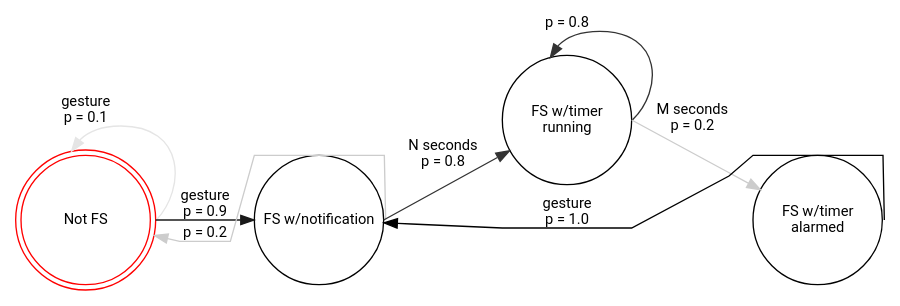
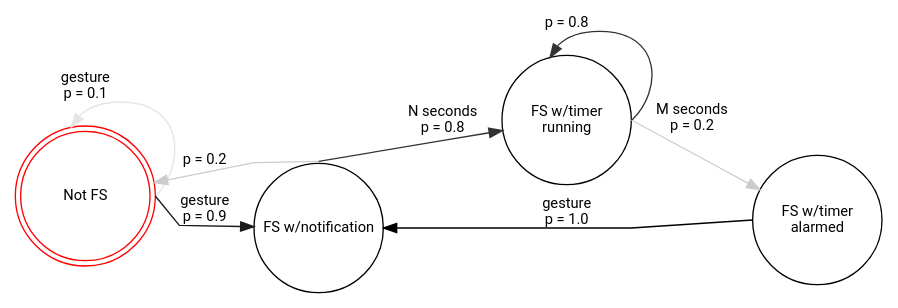
Before and after one commit to adrifelt/ux-model-graphs: the diagram in 06-full-screen.dot, drawn with Graphviz. The commit also changed 1 other file, not shown here.

```diff
--- a/06-full-screen.dot
+++ b/06-full-screen.dot
@@ -1,62 +1,62 @@
 digraph {
   splines = polyline;
   rankdir=LR;
   node [
     shape = circle
     fontname = "Roboto"
     fontsize = 11
     width = 1.35
     margin = 0
   ];
   edge [
     fontname = "Roboto"
     fontsize = 11
   ];
 
   nfs [
     label = "Not FS"
     color = red
     shape = doublecircle
   ];
   fs_notif [
     label = "FS w/notification"
   ];
   fs_timer [
     label = "FS w/timer\nrunning"
   ];
   fs_alarmed [
     label = "FS w/timer\nalarmed"
   ];
 
   nfs:e -> fs_notif [
     label = "gesture\np = 0.9"
     color = grey10
   ];
   nfs:e -> nfs [
     label = "gesture\np = 0.1"
     color = grey90
   ];
 
-  fs_notif:e -> fs_timer [
+  fs_notif:n -> fs_timer [
     label = "N seconds\np = 0.8"
     color = grey20
   ];
-  fs_notif:e -> nfs [
+  fs_notif:n -> nfs [
     label = "p = 0.2"
     color = grey80
   ];
 
   fs_timer:e -> fs_alarmed [
     label = "M seconds\np = 0.2"
     color = grey80
   ];
   fs_timer:e -> fs_timer [
     label = "p = 0.8"
     color = grey20
   ];
 
-  fs_alarmed:e -> fs_notif [
+  fs_alarmed:w -> fs_notif [
     label = "gesture\np = 1.0"
     color = black
   ];
 }
```
